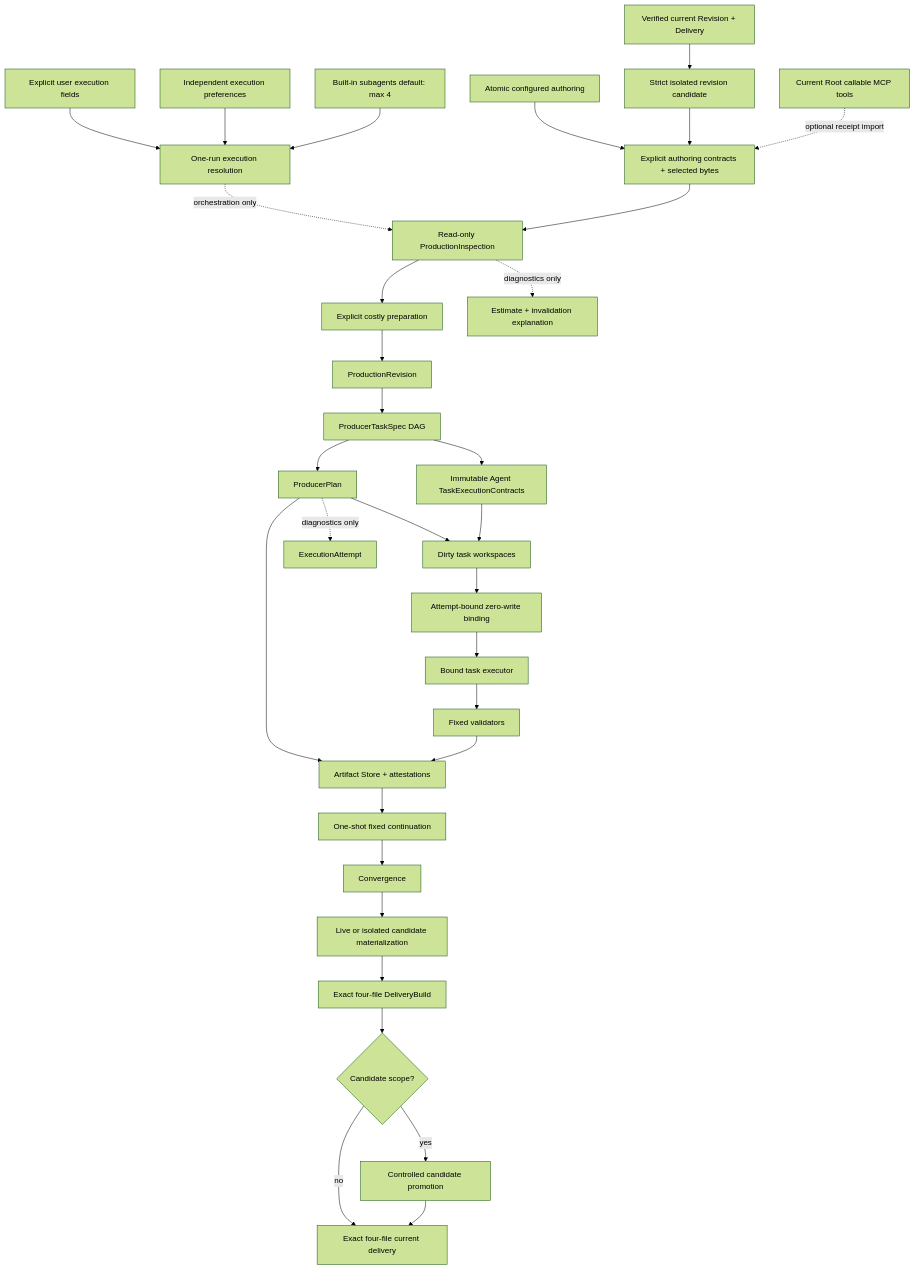
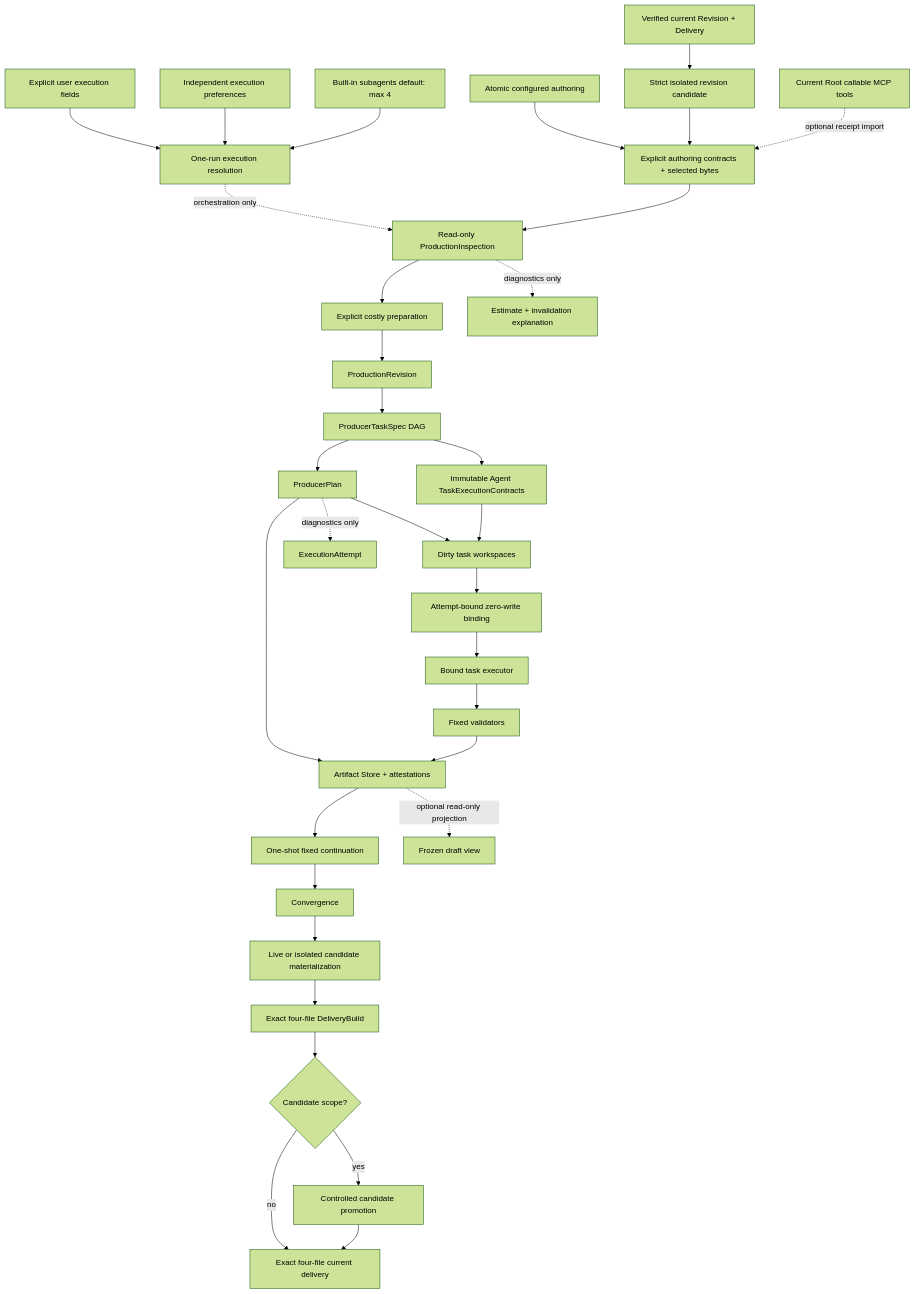
Before and after one commit to AXMORF/axmorf-studio: the diagram in docs/ARCHITECTURE.md, drawn with Mermaid (forest theme). The commit also changed other lines of this file and 186 other files, not shown here.

````diff
--- a/docs/ARCHITECTURE.md
+++ b/docs/ARCHITECTURE.md
@@ -56,34 +59,35 @@
 ```mermaid
 flowchart TD
   Create[Atomic configured authoring] --> Inputs[Explicit authoring contracts + selected bytes]
   Current[Verified current Revision + Delivery] --> Candidate[Strict isolated revision candidate]
   Candidate --> Inputs
   AgentTools[Current Root callable MCP tools] -. optional receipt import .-> Inputs
   Prompt[Explicit user execution fields] --> Execution[One-run execution resolution]
   Settings[Independent execution preferences] --> Execution
   Builtin[Built-in subagents default: max 4] --> Execution
   Execution -. orchestration only .-> Inspection
   Inputs --> Inspection[Read-only ProductionInspection]
   Inspection --> Prepare[Explicit costly preparation]
   Prepare --> Revision[ProductionRevision]
   Revision --> Tasks[ProducerTaskSpec DAG]
   Tasks --> Contracts[Immutable Agent TaskExecutionContracts]
   Tasks --> Plan[ProducerPlan]
   Plan --> Work[Dirty task workspaces]
   Contracts --> Work
   Plan --> Artifacts[Reused artifacts]
   Work --> Bind[Attempt-bound zero-write binding]
   Bind --> Executor[Bound task executor]
   Executor --> Validator[Fixed validators]
   Validator --> Artifacts[Artifact Store + attestations]
   Artifacts --> Continue[One-shot fixed continuation]
+  Artifacts -. optional read-only projection .-> Preview[Frozen draft view]
   Continue --> Converge[Convergence]
   Converge --> Scope[Live or isolated candidate materialization]
   Scope --> Delivery[Exact four-file DeliveryBuild]
   Delivery --> CandidateGate{Candidate scope?}
   CandidateGate -->|no| DeliveryCurrent[Exact four-file current delivery]
   CandidateGate -->|yes| Promote[Controlled candidate promotion]
   Promote --> DeliveryCurrent
   Inspection -. diagnostics only .-> Explanation[Estimate + invalidation explanation]
   Plan -. diagnostics only .-> Attempt[ExecutionAttempt]
 ```
````
